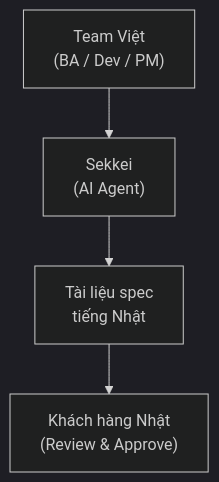
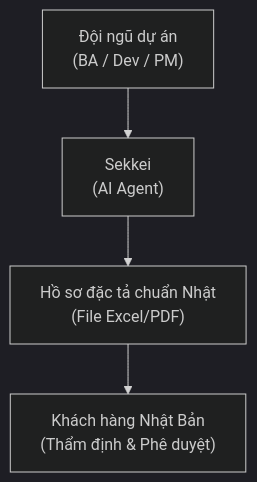
The diagram in docs/user-guide/01-introduction.md (bienhoang/sekkei-ai-agents), drawn with Mermaid (dark theme) before and after one commit. The commit also changed other lines of this file and 45 other files, not shown here.

````diff
--- a/docs/user-guide/01-introduction.md
+++ b/docs/user-guide/01-introduction.md
@@ -28,6 +28,6 @@
 ```mermaid
 flowchart TD
-    A["Team Việt\n(BA / Dev / PM)"] --> B["Sekkei\n(AI Agent)"]
-    B --> C["Tài liệu spec\ntiếng Nhật"]
-    C --> D["Khách hàng Nhật\n(Review & Approve)"]
+    A["Đội ngũ dự án\n(BA / Dev / PM)"] --> B["Sekkei\n(AI Agent)"]
+    B --> C["Hồ sơ đặc tả chuẩn Nhật\n(File Excel/PDF)"]
+    C --> D["Khách hàng Nhật Bản\n(Thẩm định & Phê duyệt)"]
 ```
````
